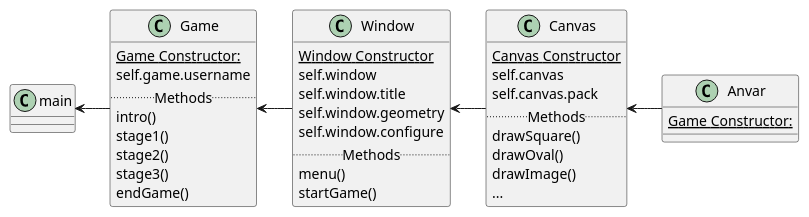
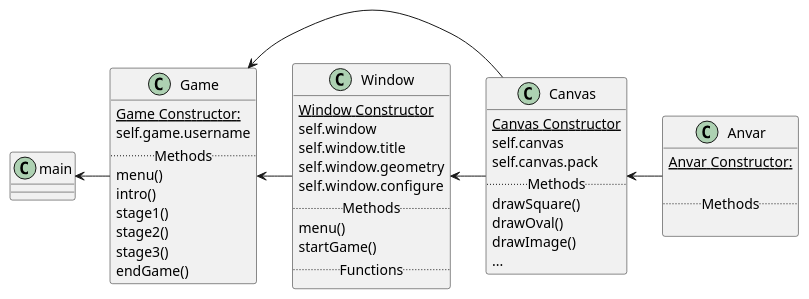
The diagram in map.puml (kbph05/BOATS), drawn with PlantUML before and after one commit. The commit also changed 7 other files, not shown here.

```diff
--- a/map.puml
+++ b/map.puml
@@ -1,51 +1,56 @@
 @startuml map
 
 class Window {
     {static} Window Constructor
         self.window
         self.window.title
         self.window.geometry
         self.window.configure
 .. Methods ..
     menu()
     startGame()
+..Functions..
 }
 
 class Canvas {
     {static} Canvas Constructor
         self.canvas
         self.canvas.pack
 .. Methods ..
     drawSquare()
     drawOval()
     drawImage()
     ...
 }
 
 class Game {
     {static} Game Constructor:
         self.game.username
     ..Methods..
+    menu()
     intro()
     stage1()
     stage2()
     stage3()
     endGame()
 }
 
 class Anvar {
-    {static} Game Constructor:
+    {static} Anvar Constructor:
+
+..Methods..
 
 }
 
 class main {
 
 }
 
 
 
 Window <- Canvas 
 Game <- Window
 main <- Game
 Canvas <- Anvar
+Game <- Canvas
 @enduml
```
